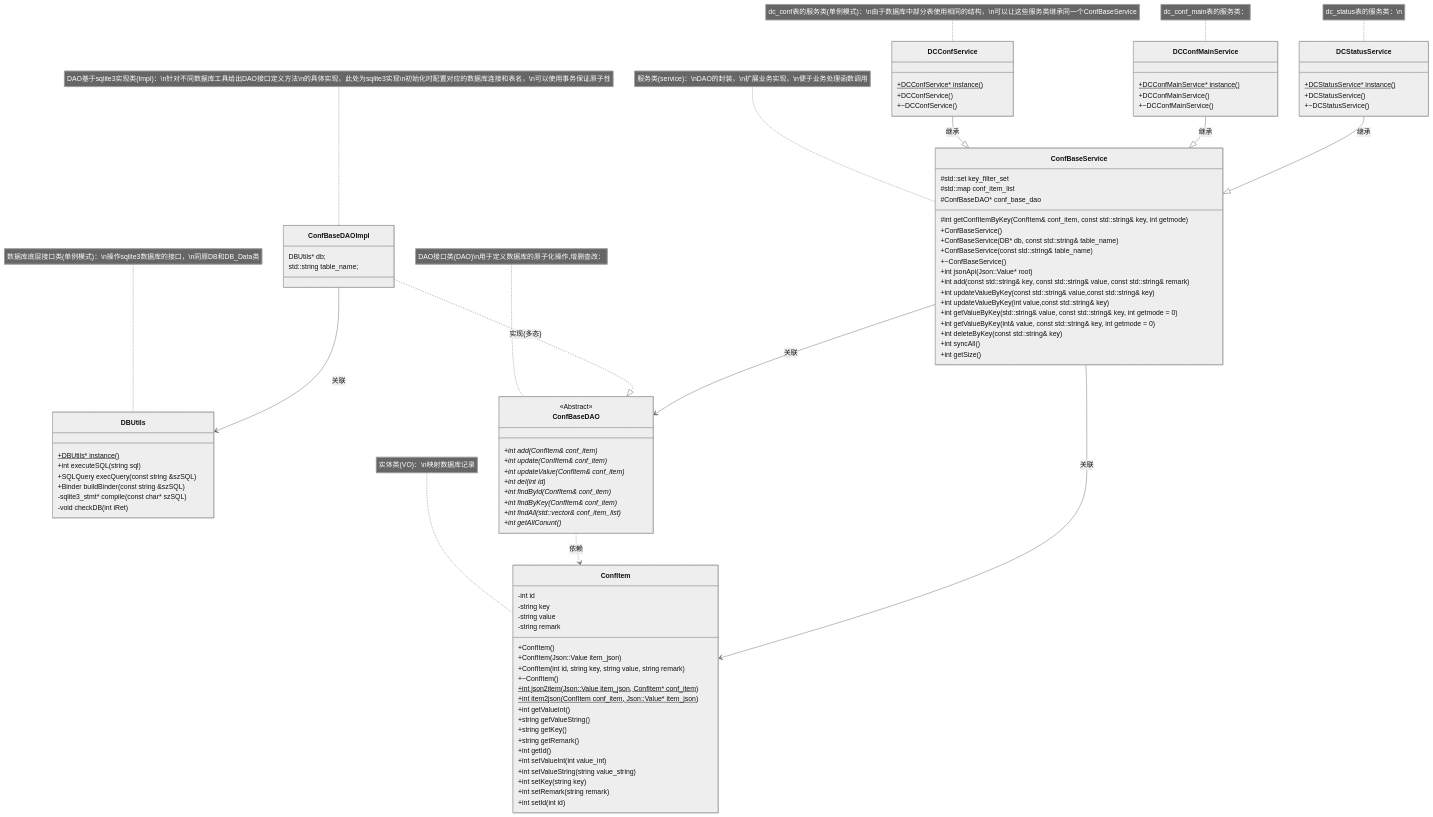
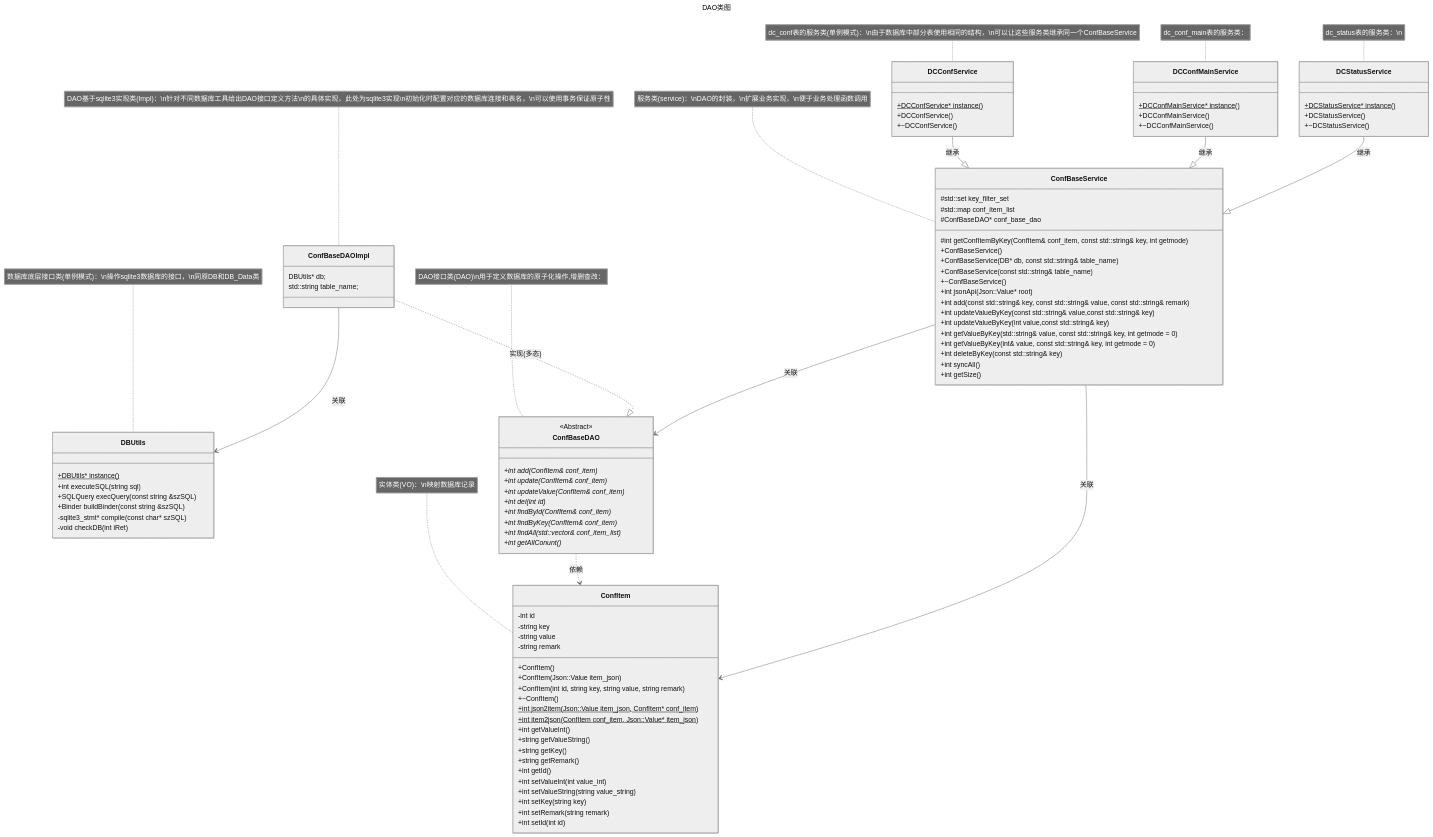
One commit to ProphetHJK/prophethjk.github.io changed the first of 2 diagrams in _posts/2022-03-08-cpp-dao.md. Above: the diagram before and after it, drawn with Mermaid (neutral theme).

Commit message:
mermaid测试

````diff
--- a/_posts/2022-03-08-cpp-dao.md
+++ b/_posts/2022-03-08-cpp-dao.md
@@ -78,117 +78,119 @@
 ```mermaid
+---
+title: DAO类图
+---
 classDiagram
+    note for ConfItem  "实体类(VO)：\n映射数据库记录"
 
-note for ConfItem  "实体类(VO)：\n映射数据库记录"
+    note for DBUtils  "数据库底层接口类(单例模式)：\n操作sqlite3数据库的接口，\n同原DB和DB_Data类"
 
-note for DBUtils  "数据库底层接口类(单例模式)：\n操作sqlite3数据库的接口，\n同原DB和DB_Data类"
+    note for ConfBaseDAO  "DAO接口类(DAO)\n用于定义数据库的原子化操作,增删查改："
 
-note for ConfBaseDAO  "DAO接口类(DAO)\n用于定义数据库的原子化操作,增删查改："
+    note for ConfBaseDAOlmpl  "DAO基于sqlite3实现类(Impl)：\n针对不同数据库工具给出DAO接口定义方法\n的具体实现，此处为sqlite3实现\n初始化时配置对应的数据库连接和表名，\n可以使用事务保证原子性"
 
-note for ConfBaseDAOlmpl  "DAO基于sqlite3实现类(Impl)：\n针对不同数据库工具给出DAO接口定义方法\n的具体实现，此处为sqlite3实现\n初始化时配置对应的数据库连接和表名，\n可以使用事务保证原子性"
+    note for ConfBaseService  "服务类(service)：\nDAO的封装，\n扩展业务实现，\n便于业务处理函数调用"
 
-note for ConfBaseService  "服务类(service)：\nDAO的封装，\n扩展业务实现，\n便于业务处理函数调用"
+    note for DCConfService  "dc_conf表的服务类(单例模式)：\n由于数据库中部分表使用相同的结构，\n可以让这些服务类继承同一个ConfBaseService"
 
-note for DCConfService  "dc_conf表的服务类(单例模式)：\n由于数据库中部分表使用相同的结构，\n可以让这些服务类继承同一个ConfBaseService"
+    note for DCConfMainService  "dc_conf_main表的服务类："
 
-note for DCConfMainService  "dc_conf_main表的服务类："
+    note for DCStatusService  "dc_status表的服务类：\n"
 
-note for DCStatusService  "dc_status表的服务类：\n"
+    class ConfItem {
+        -int id
+        -string key
+        -string value
+        -string remark
+        +ConfItem()
+        +ConfItem(Json::Value item_json)
+        +ConfItem(int id, string key, string value, string remark)
+        +~ConfItem()
+        +int json2item(Json::Value item_json, ConfItem* conf_item)$
+        +int item2json(ConfItem conf_item, Json::Value* item_json)$
+        +int getValueInt()
+        +string getValueString()
+        +string getKey()
+        +string getRemark()
+        +int getId()
+        +int setValueInt(int value_int)
+        +int setValueString(string value_string)
+        +int setKey(string key)
+        +int setRemark(string remark)
+        +int setId(int id)
+    }
 
-class ConfItem {
-    -int id
-    -string key
-    -string value
-    -string remark
-    +ConfItem()
-    +ConfItem(Json::Value item_json)
-    +ConfItem(int id, string key, string value, string remark)
-    +~ConfItem()
-    +int json2item(Json::Value item_json, ConfItem* conf_item)$
-    +int item2json(ConfItem conf_item, Json::Value* item_json)$
-    +int getValueInt()
-    +string getValueString()
-    +string getKey()
-    +string getRemark()
-    +int getId()
-    +int setValueInt(int value_int)
-    +int setValueString(string value_string)
-    +int setKey(string key)
-    +int setRemark(string remark)
-    +int setId(int id)
-}
+    class DBUtils {
+        +DBUtils* instance()$
+        +int executeSQL(string sql)
+        +SQLQuery execQuery(const string &szSQL)
+        +Binder buildBinder(const string &szSQL)
+        -sqlite3_stmt* compile(const char* szSQL)
+        -void checkDB(int iRet)
+    }
 
-class DBUtils {
-    +DBUtils* instance()$
-    +int executeSQL(string sql)
-    +SQLQuery execQuery(const string &szSQL)
-    +Binder buildBinder(const string &szSQL)
-    -sqlite3_stmt* compile(const char* szSQL)
-    -void checkDB(int iRet)
-}
-
-class ConfBaseDAO {
-    <<Abstract>>
-    +int add(ConfItem& conf_item)*
-    +int update(ConfItem& conf_item)*
-    +int updateValue(ConfItem& conf_item)*
-    +int del(int id)*
-    +int findById(ConfItem& conf_item)*
-    +int findByKey(ConfItem& conf_item)*
-    +int findAll(std::vector<ConfItem>& conf_item_list)*
-    +int getAllConunt()*
-}
+    class ConfBaseDAO {
+        <<Abstract>>
+        +int add(ConfItem& conf_item)*
+        +int update(ConfItem& conf_item)*
+        +int updateValue(ConfItem& conf_item)*
+        +int del(int id)*
+        +int findById(ConfItem& conf_item)*
+        +int findByKey(ConfItem& conf_item)*
+        +int findAll(std::vector<ConfItem>& conf_item_list)*
+        +int getAllConunt()*
+    }
 
 
-class ConfBaseDAOlmpl {
-    DBUtils* db;
-    std::string table_name;
-}
+    class ConfBaseDAOlmpl {
+        DBUtils* db;
+        std::string table_name;
+    }
 
-class ConfBaseService {
-    #std::set<std::string> key_filter_set
-    #std::map<std::string, ConfItem> conf_item_list
-    #ConfBaseDAO* conf_base_dao
-    #int getConfItemByKey(ConfItem& conf_item, const std::string& key, int getmode)
-    +ConfBaseService()
-    +ConfBaseService(DB* db, const std::string& table_name)
-    +ConfBaseService(const std::string& table_name)
-    +~ConfBaseService()
-    +int jsonApi(Json::Value* root)
-    +int add(const std::string& key, const std::string& value, const std::string& remark)
-    +int updateValueByKey(const std::string& value,const std::string& key)
-    +int updateValueByKey(int value,const std::string& key)
-    +int getValueByKey(std::string& value, const std::string& key, int getmode = 0)
-    +int getValueByKey(int& value, const std::string& key, int getmode = 0)
-    +int deleteByKey(const std::string& key)
-    +int syncAll()
-    +int getSize()
-}
+    class ConfBaseService {
+        #std::set<std::string> key_filter_set
+        #std::map<std::string, ConfItem> conf_item_list
+        #ConfBaseDAO* conf_base_dao
+        #int getConfItemByKey(ConfItem& conf_item, const std::string& key, int getmode)
+        +ConfBaseService()
+        +ConfBaseService(DB* db, const std::string& table_name)
+        +ConfBaseService(const std::string& table_name)
+        +~ConfBaseService()
+        +int jsonApi(Json::Value* root)
+        +int add(const std::string& key, const std::string& value, const std::string& remark)
+        +int updateValueByKey(const std::string& value,const std::string& key)
+        +int updateValueByKey(int value,const std::string& key)
+        +int getValueByKey(std::string& value, const std::string& key, int getmode = 0)
+        +int getValueByKey(int& value, const std::string& key, int getmode = 0)
+        +int deleteByKey(const std::string& key)
+        +int syncAll()
+        +int getSize()
+    }
 
 
-class DCConfService {
-    +DCConfService* instance()$
-    +DCConfService()
-    +~DCConfService()
-}
+    class DCConfService {
+        +DCConfService* instance()$
+        +DCConfService()
+        +~DCConfService()
+    }
 
-class DCConfMainService {
-    +DCConfMainService* instance()$
-    +DCConfMainService()
-    +~DCConfMainService()
-}
+    class DCConfMainService {
+        +DCConfMainService* instance()$
+        +DCConfMainService()
+        +~DCConfMainService()
+    }
 
-class DCStatusService {
-    +DCStatusService* instance()$
-    +DCStatusService()
-    +~DCStatusService()
-}
+    class DCStatusService {
+        +DCStatusService* instance()$
+        +DCStatusService()
+        +~DCStatusService()
+    }
 
-ConfBaseDAOlmpl ..|> ConfBaseDAO :实现(多态)
-ConfBaseDAOlmpl --> DBUtils :关联
-ConfBaseDAO ..> ConfItem :依赖
-ConfBaseService --> ConfBaseDAO :关联
-ConfBaseService --> ConfItem :关联
-DCConfService --|> ConfBaseService :继承
-DCConfMainService --|> ConfBaseService :继承
-DCStatusService --|> ConfBaseService :继承
+    ConfBaseDAOlmpl ..|> ConfBaseDAO :实现(多态)
+    ConfBaseDAOlmpl --> DBUtils :关联
+    ConfBaseDAO ..> ConfItem :依赖
+    ConfBaseService --> ConfBaseDAO :关联
+    ConfBaseService --> ConfItem :关联
+    DCConfService --|> ConfBaseService :继承
+    DCConfMainService --|> ConfBaseService :继承
+    DCStatusService --|> ConfBaseService :继承
 ```
````
